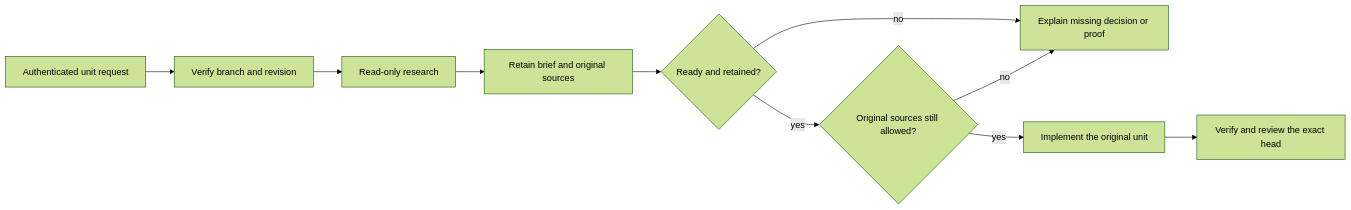
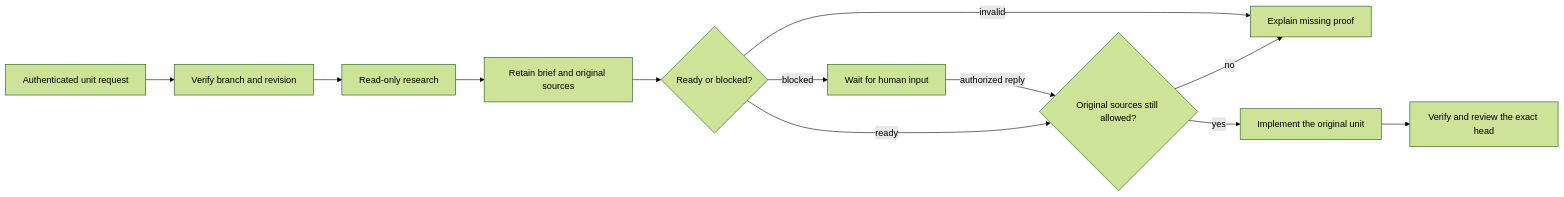
Before and after one commit to coreplanelabs/switchboard: the diagram in docs/reference/specs/research-phase.md, drawn with Mermaid (forest theme). The commit also changed other lines of this file and 34 other files, not shown here.

Commit message:
fix(ship): wait for human input after blocked research (#3051)

````diff
--- a/docs/reference/specs/research-phase.md
+++ b/docs/reference/specs/research-phase.md
@@ -8,12 +8,14 @@
 ```mermaid
 flowchart LR
   Request["Authenticated unit request"] --> Target["Verify branch and revision"]
   Target --> Research["Read-only research"]
   Research --> Brief["Retain brief and original sources"]
-  Brief --> Ready{"Ready and retained?"}
-  Ready -->|"no"| Stop["Explain missing decision or proof"]
-  Ready -->|"yes"| Access{"Original sources still allowed?"}
+  Brief --> Ready{"Ready or blocked?"}
+  Ready -->|"invalid"| Stop["Explain missing proof"]
+  Ready -->|"blocked"| Wait["Wait for human input"]
+  Wait -->|"authorized reply"| Access{"Original sources still allowed?"}
+  Ready -->|"ready"| Access
   Access -->|"no"| Stop
   Access -->|"yes"| Code["Implement the original unit"]
   Code --> Review["Verify and review the exact head"]
 ```
````
